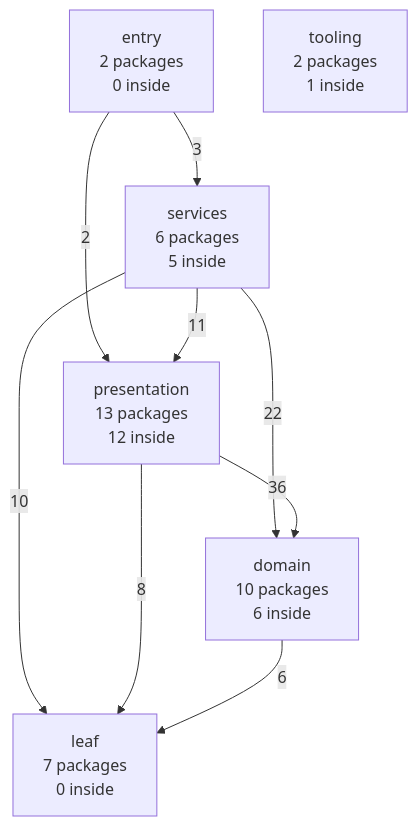
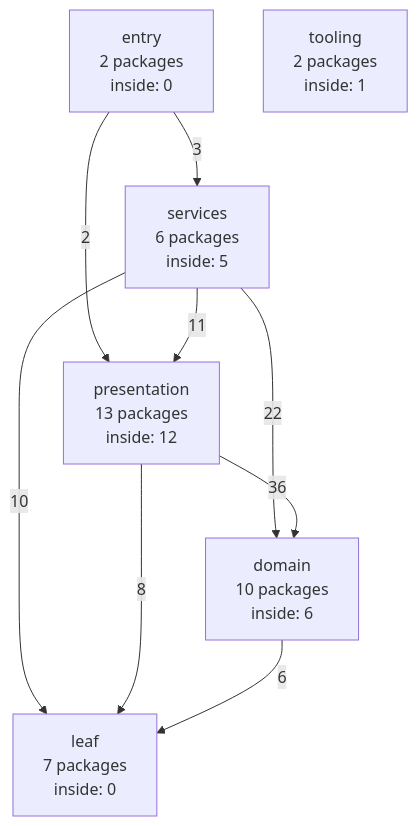
Before and after one commit to ladydascalie/dm: the diagram in docs/internals/generated/package-graph.md, drawn with Mermaid. The commit also changed other lines of this file and 2 other files, not shown here.

First line of the commit message:
docs: say what "inside" counts on the package graph

````diff
--- a/docs/internals/generated/package-graph.md
+++ b/docs/internals/generated/package-graph.md
@@ -29,17 +38,17 @@
 ```mermaid
 flowchart TD
-  entry["entry<br/>2 packages<br/>0 inside"]
-  services["services<br/>6 packages<br/>5 inside"]
-  presentation["presentation<br/>13 packages<br/>12 inside"]
-  domain["domain<br/>10 packages<br/>6 inside"]
-  leaf["leaf<br/>7 packages<br/>0 inside"]
-  tooling["tooling<br/>2 packages<br/>1 inside"]
+  entry["entry<br/>2 packages<br/>inside: 0"]
+  services["services<br/>6 packages<br/>inside: 5"]
+  presentation["presentation<br/>13 packages<br/>inside: 12"]
+  domain["domain<br/>10 packages<br/>inside: 6"]
+  leaf["leaf<br/>7 packages<br/>inside: 0"]
+  tooling["tooling<br/>2 packages<br/>inside: 1"]
   entry -->|3| services
   entry -->|2| presentation
   services -->|11| presentation
   services -->|22| domain
   services -->|10| leaf
   presentation -->|36| domain
   presentation -->|8| leaf
   domain -->|6| leaf
 ```
````
